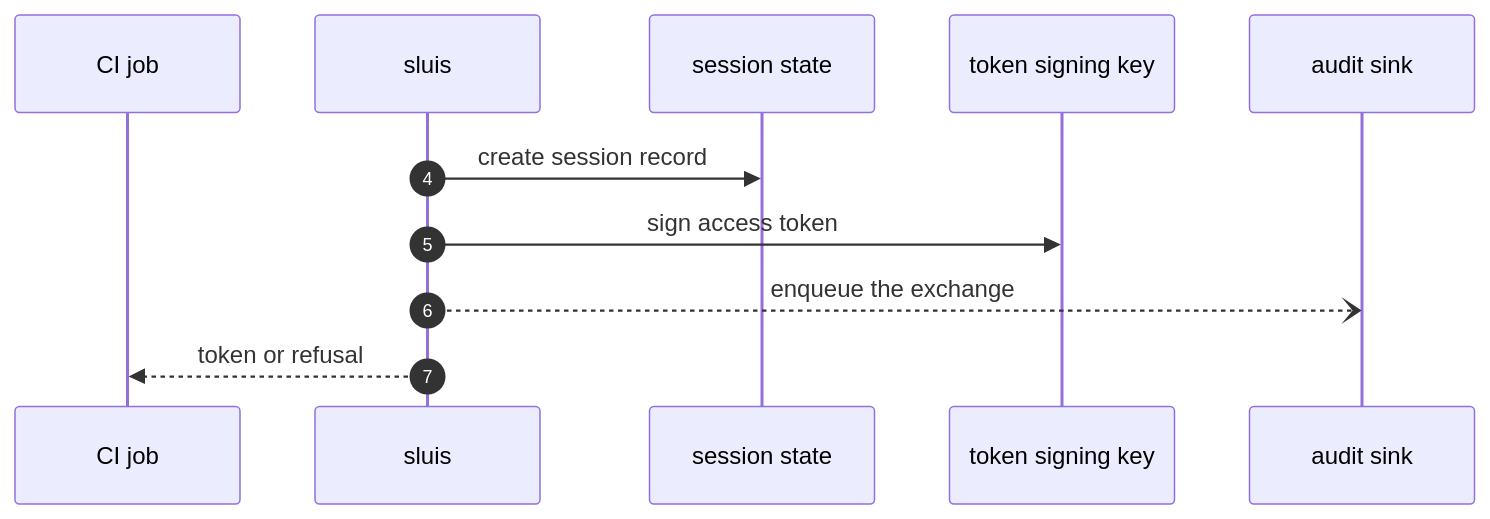
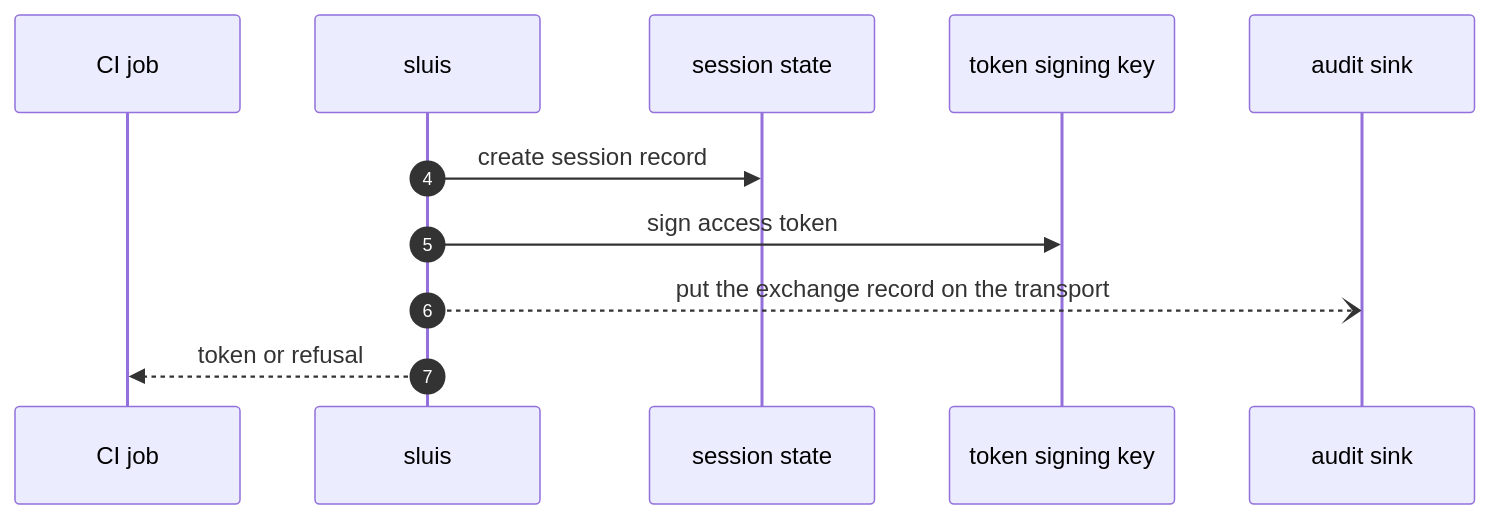
The third of 5 diagrams in docs/architecture/context.md (truvity/sluis), drawn with Mermaid before and after one commit. The commit also changed other lines of this file and 63 other files, not shown here.

````diff
--- a/docs/architecture/context.md
+++ b/docs/architecture/context.md
@@ -211,13 +211,13 @@
 ```mermaid
 sequenceDiagram
   autonumber 4
   participant J as CI job
   participant S as sluis
   participant ST as session state
   participant K as token signing key
   participant A as audit sink
   S->>ST: create session record
   S->>K: sign access token
-  S--)A: enqueue the exchange
+  S--)A: put the exchange record on the transport
   S-->>J: token or refusal
 ```
````
